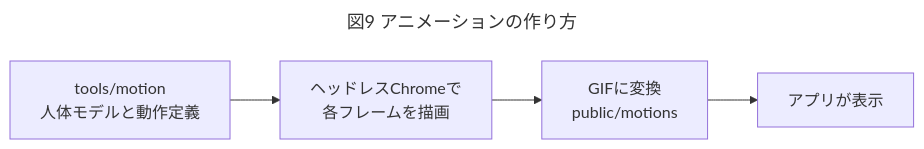
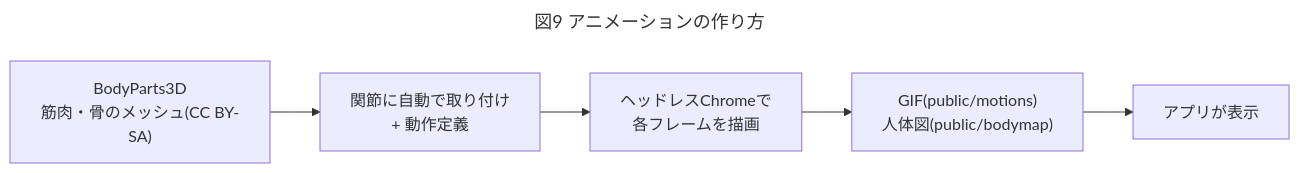
One commit to AibaTaro/Strength-app changed the fourth of 4 diagrams in docs/screen-spec.md. Above: the diagram before and after it, drawn with Mermaid. The commit also changed other lines of this file and 56 other files, not shown here.

First line of the commit message:
人体モデルを解剖学データ(BodyParts3D)に刷新し、部位選択を人体図のタップ式に変更

````diff
--- a/docs/screen-spec.md
+++ b/docs/screen-spec.md
@@ -147,9 +148,10 @@
 ```mermaid
 ---
 title: 図9 アニメーションの作り方
 ---
 flowchart LR
-  A[tools/motion<br/>人体モデルと動作定義] --> B[ヘッドレスChromeで<br/>各フレームを描画]
-  B --> C[GIFに変換<br/>public/motions]
-  C --> D[アプリが表示]
+  A["BodyParts3D<br/>筋肉・骨のメッシュ(CC BY-SA)"] --> B["関節に自動で取り付け<br/>+ 動作定義"]
+  B --> C[ヘッドレスChromeで<br/>各フレームを描画]
+  C --> D["GIF(public/motions)<br/>人体図(public/bodymap)"]
+  D --> E[アプリが表示]
 ```
````
